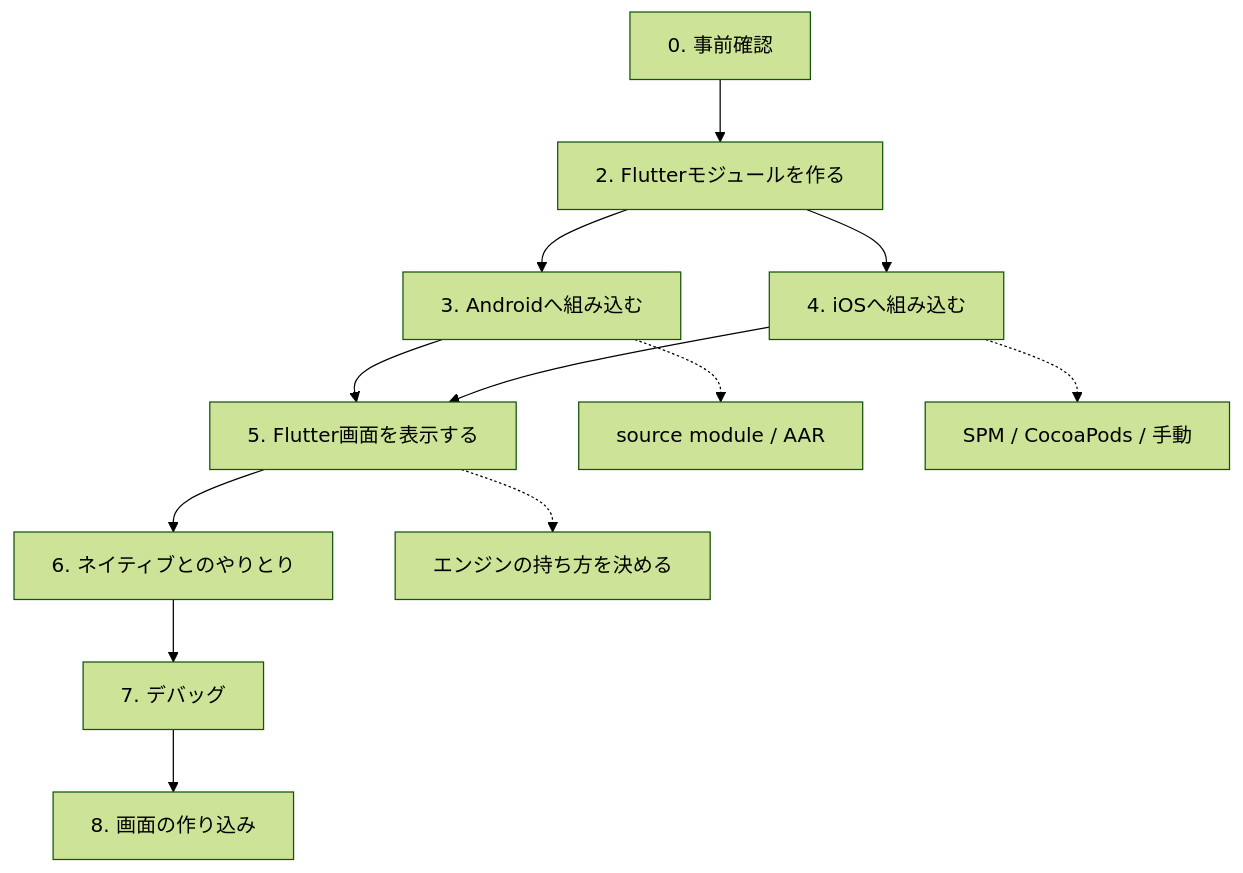
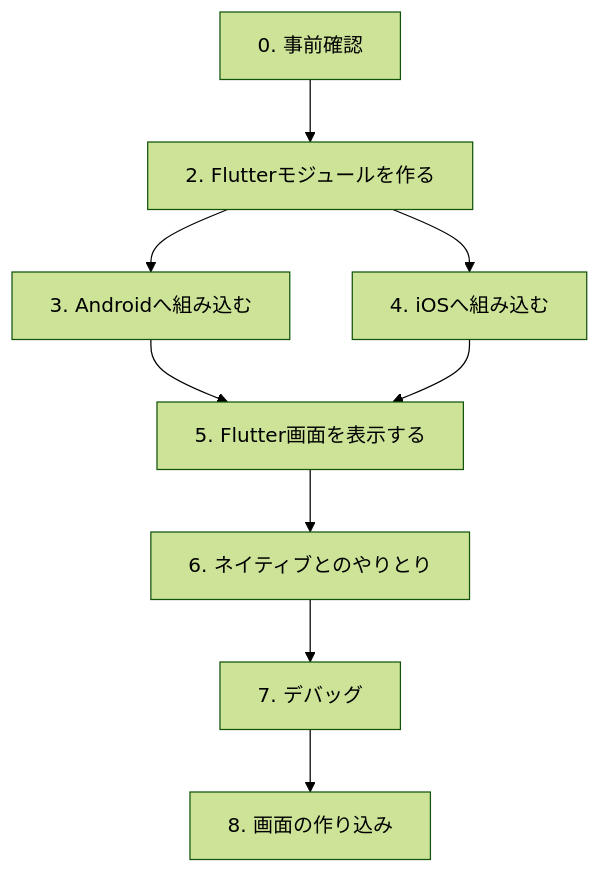
One commit to HiroshiOshiro/flutter-add-to-app-poc3 changed the first of 2 diagrams in docs/MIGRATION_GUIDE.md. Above: the diagram before and after it, drawn with Mermaid (forest theme). The commit also changed other lines of this file, not shown here.

First line of the commit message:
1節の図から破線をなくし、選択を表にする (#16)

````diff
--- a/docs/MIGRATION_GUIDE.md
+++ b/docs/MIGRATION_GUIDE.md
@@ -210,15 +210,11 @@
 ```mermaid
 flowchart TB
     A["0. 事前確認"] --> B["2. Flutterモジュールを作る"]
     B --> C["3. Androidへ組み込む"]
     B --> D["4. iOSへ組み込む"]
     C --> E["5. Flutter画面を表示する"]
     D --> E
     E --> F["6. ネイティブとのやりとり"]
     F --> G["7. デバッグ"]
     G --> H["8. 画面の作り込み"]
-
-    C -.-> C1["source module / AAR"]
-    D -.-> D1["SPM / CocoaPods / 手動"]
-    E -.-> E1["エンジンの持ち方を決める"]
 ```
````
